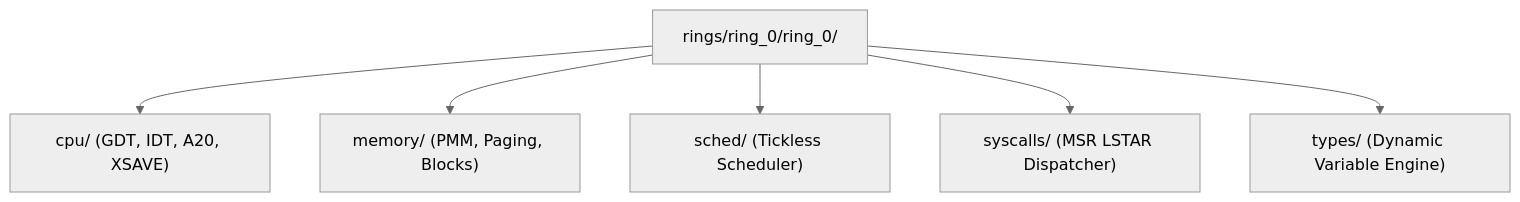
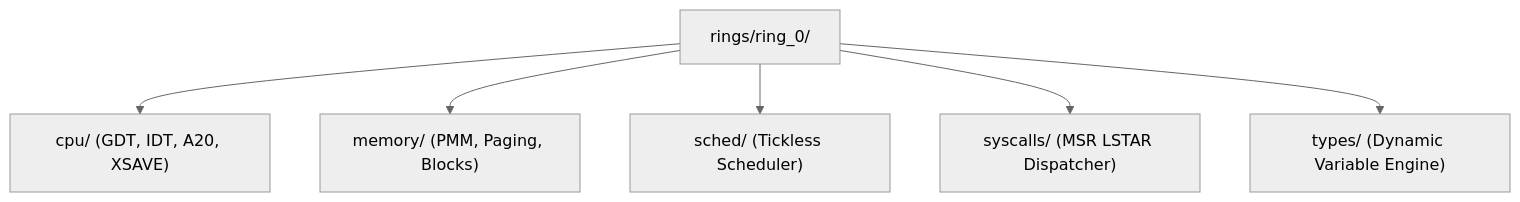
The first of 2 diagrams in obsidian_vault/rings/ring_0/README.md (Heaplyn/Heaplit-OS), drawn with Mermaid (neutral theme) before and after one commit. The commit also changed other lines of this file and 169 other files, not shown here.

````diff
--- a/obsidian_vault/rings/ring_0/README.md
+++ b/obsidian_vault/rings/ring_0/README.md
@@ -36,8 +36,8 @@
 ```mermaid
 flowchart TD
-    R0["rings/ring_0/ring_0/"] --> CPU["cpu/ (GDT, IDT, A20, XSAVE)"]
+    R0["rings/ring_0/"] --> CPU["cpu/ (GDT, IDT, A20, XSAVE)"]
     R0 --> MEM["memory/ (PMM, Paging, Blocks)"]
     R0 --> SCHED["sched/ (Tickless Scheduler)"]
     R0 --> SYS["syscalls/ (MSR LSTAR Dispatcher)"]
     R0 --> TYPES["types/ (Dynamic Variable Engine)"]
 ```
````
